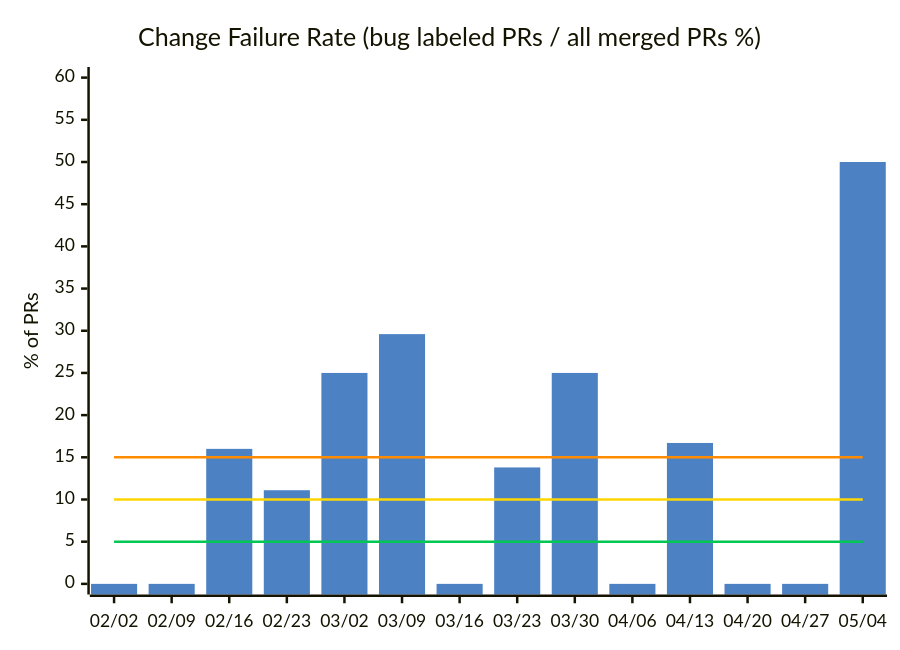
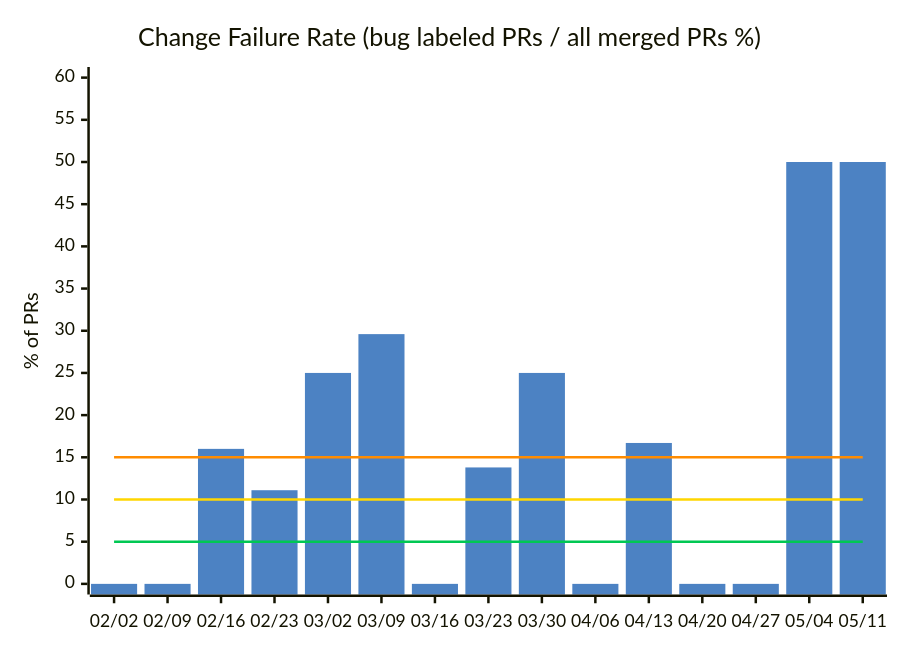
The third of 14 diagrams in docs/metrics.md (nablarch/nabledge-dev), drawn with Mermaid before and after one commit. The commit also changed other lines of this file and 2 other files, not shown here.

````diff
--- a/docs/metrics.md
+++ b/docs/metrics.md
@@ -61,11 +61,11 @@
 ```mermaid
 %%{init: {'theme': 'base', 'themeVariables': {'xyChart': {'plotColorPalette': '#4C82C3,#00C853,#FFD600,#FF8C00'}}}}%%
 xychart-beta
   title "Change Failure Rate (bug labeled PRs / all merged PRs %)"
-  x-axis ["02/02", "02/09", "02/16", "02/23", "03/02", "03/09", "03/16", "03/23", "03/30", "04/06", "04/13", "04/20", "04/27", "05/04"]
+  x-axis ["02/02", "02/09", "02/16", "02/23", "03/02", "03/09", "03/16", "03/23", "03/30", "04/06", "04/13", "04/20", "04/27", "05/04", "05/11"]
   y-axis "% of PRs" 0 --> 60
-  bar [0, 0, 16, 11.1, 25, 29.6, 0, 13.8, 25, 0, 16.7, 0, 0, 50]
-  line [5, 5, 5, 5, 5, 5, 5, 5, 5, 5, 5, 5, 5, 5]
-  line [10, 10, 10, 10, 10, 10, 10, 10, 10, 10, 10, 10, 10, 10]
-  line [15, 15, 15, 15, 15, 15, 15, 15, 15, 15, 15, 15, 15, 15]
+  bar [0, 0, 16, 11.1, 25, 29.6, 0, 13.8, 25, 0, 16.7, 0, 0, 50, 50]
+  line [5, 5, 5, 5, 5, 5, 5, 5, 5, 5, 5, 5, 5, 5, 5]
+  line [10, 10, 10, 10, 10, 10, 10, 10, 10, 10, 10, 10, 10, 10, 10]
+  line [15, 15, 15, 15, 15, 15, 15, 15, 15, 15, 15, 15, 15, 15, 15]
 ```
````
